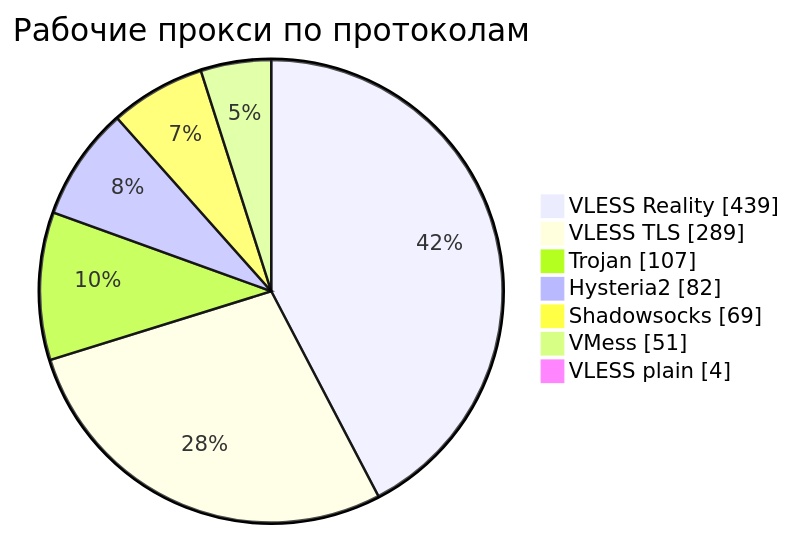
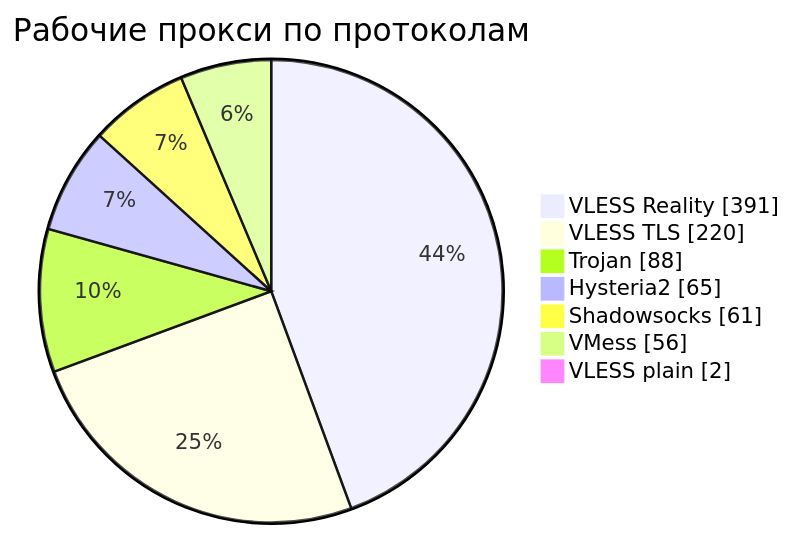
One commit to rvvg/proxy-subs changed the third of 4 diagrams in README.md. Above: the diagram before and after it, drawn with Mermaid. The commit also changed other lines of this file and 51 other files, not shown here.

````diff
--- a/README.md
+++ b/README.md
@@ -140,11 +135,11 @@
 ```mermaid
 pie showData
     title Рабочие прокси по протоколам
-    "VLESS Reality" : 439
-    "VLESS TLS" : 289
-    "Trojan" : 107
-    "Hysteria2" : 82
-    "Shadowsocks" : 69
-    "VMess" : 51
-    "VLESS plain" : 4
+    "VLESS Reality" : 391
+    "VLESS TLS" : 220
+    "Trojan" : 88
+    "Hysteria2" : 65
+    "Shadowsocks" : 61
+    "VMess" : 56
+    "VLESS plain" : 2
 ```
````
